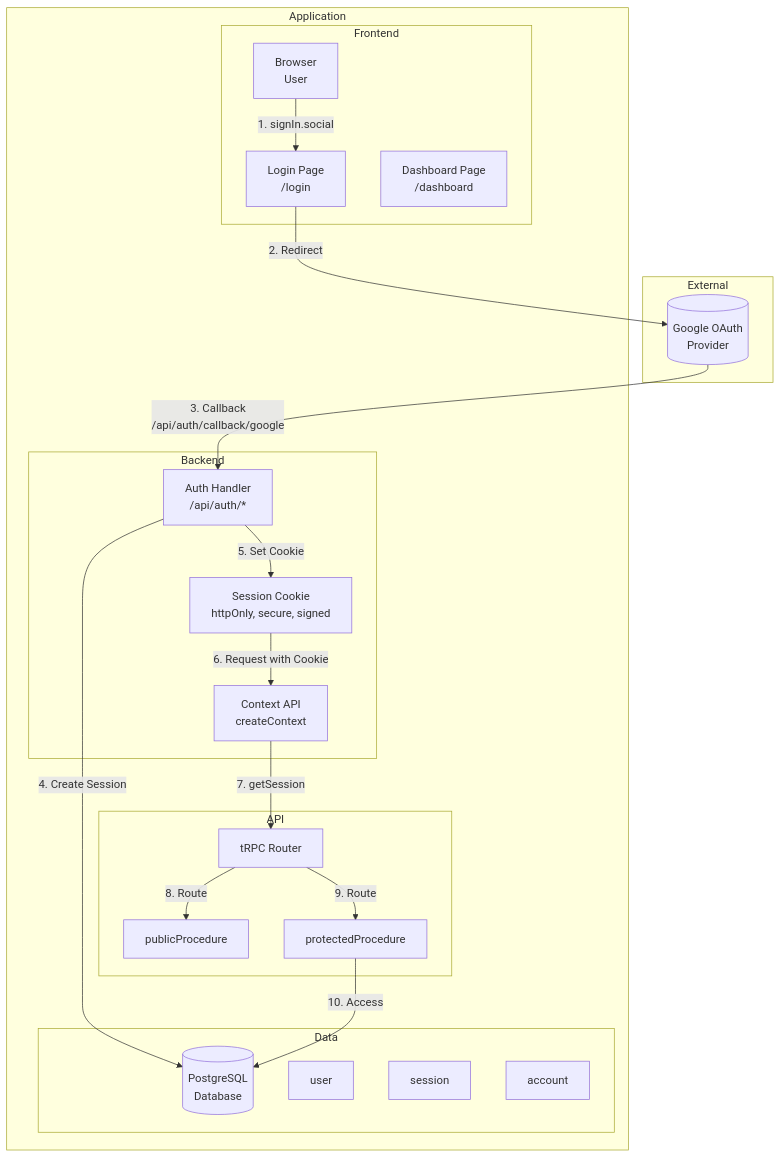
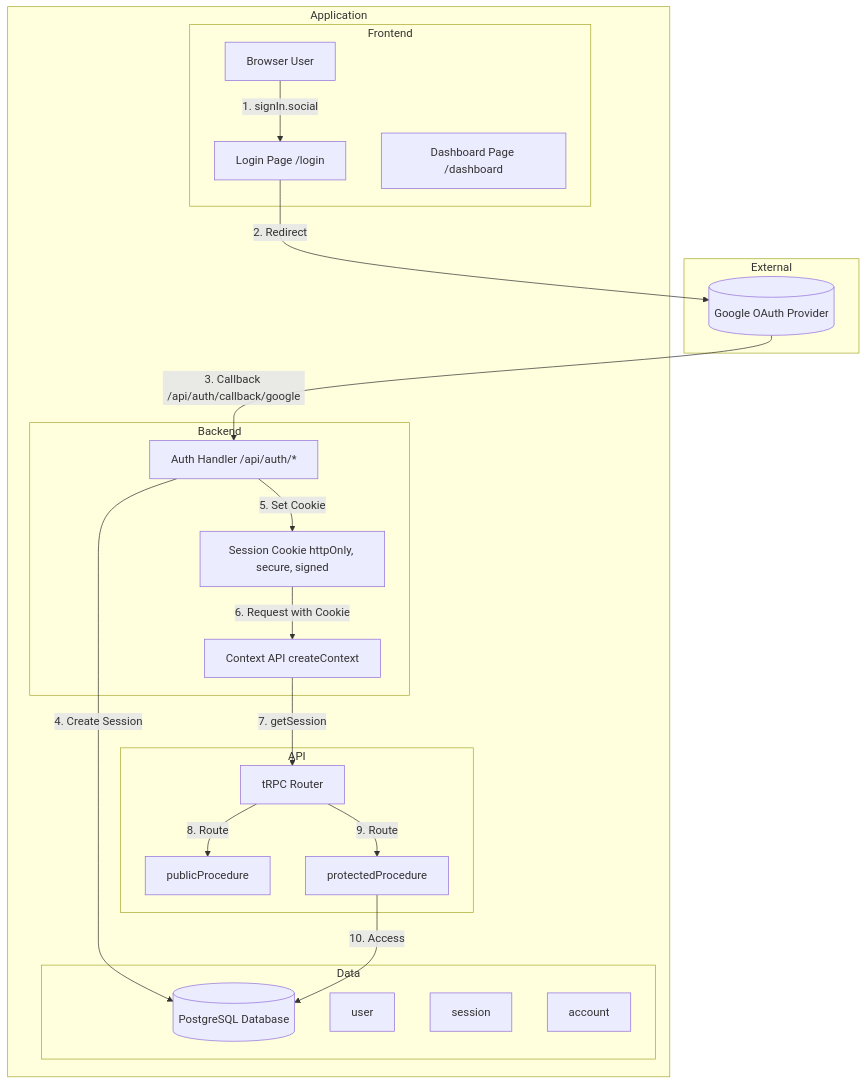
The first of 18 diagrams in README.md (PKPL-Pusing-Kurang-Paham-Lurr/tk-2), drawn with Mermaid before and after one commit. The commit also changed other lines of this file, not shown here.

````diff
--- a/README.md
+++ b/README.md
@@ -63,44 +63,44 @@
 ```mermaid
 flowchart TB
     subgraph External
-        Google[(Google OAuth<br/>Provider)]
+        Google[(Google OAuth Provider)]
     end
     
     subgraph Application
         subgraph Frontend
-            Browser[Browser<br/>User]
-            LoginPage[Login Page<br/>/login]
-            DashboardPage[Dashboard Page<br/>/dashboard]
+            Browser[Browser User]
+            LoginPage[Login Page /login]
+            DashboardPage[Dashboard Page /dashboard]
         end
         
         subgraph Backend
-            AuthHandler[Auth Handler<br/>/api/auth/*]
-            SessionCookie[Session Cookie<br/>httpOnly, secure, signed]
-            ContextAPI[Context API<br/>createContext]
+            AuthHandler[Auth Handler /api/auth/*]
+            SessionCookie[Session Cookie httpOnly, secure, signed]
+            ContextAPI[Context API createContext]
         end
         
         subgraph API
             TRPC[tRPC Router]
             PublicProc[publicProcedure]
             ProtectedProc[protectedProcedure]
         end
         
         subgraph Data
-            PostgreSQL[(PostgreSQL<br/>Database)]
+            PostgreSQL[(PostgreSQL Database)]
             UserTable[user]
             SessionTable[session]
             AccountTable[account]
         end
     end
     
     Browser -->|1. signIn.social| LoginPage
     LoginPage -->|2. Redirect| Google
-    Google -->|3. Callback<br/>/api/auth/callback/google| AuthHandler
+    Google -->|3. Callback /api/auth/callback/google| AuthHandler
     AuthHandler -->|4. Create Session| PostgreSQL
     AuthHandler -->|5. Set Cookie| SessionCookie
     SessionCookie -->|6. Request with Cookie| ContextAPI
     ContextAPI -->|7. getSession| TRPC
     TRPC -->|8. Route| PublicProc
     TRPC -->|9. Route| ProtectedProc
     ProtectedProc -->|10. Access| PostgreSQL
 ```
````
